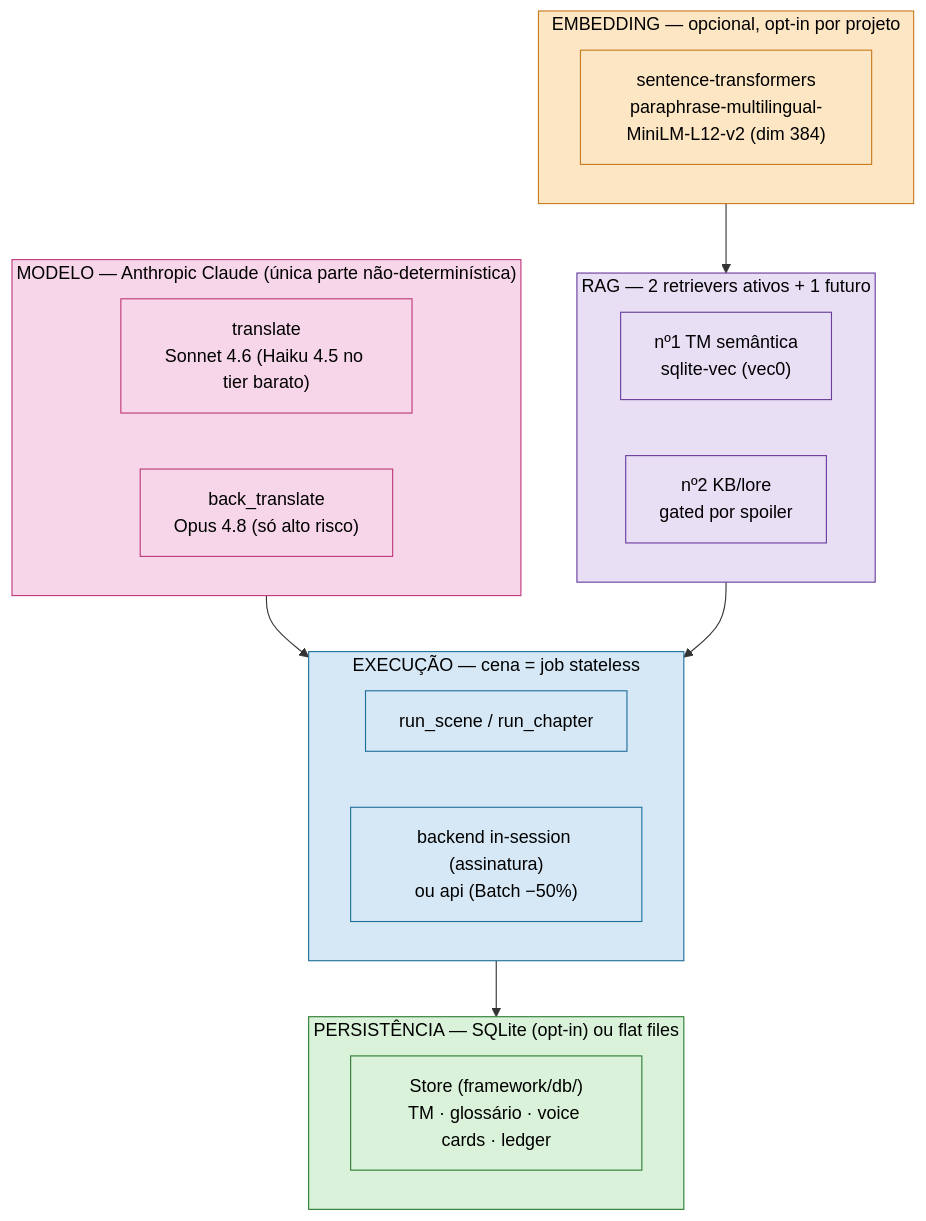
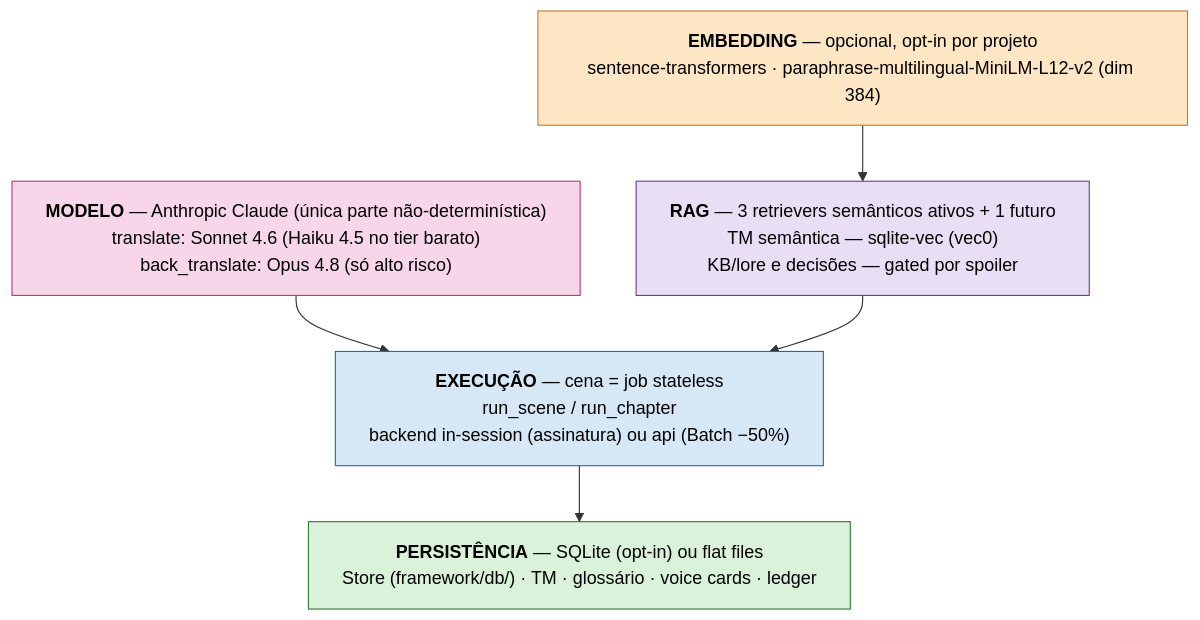
The first of 2 diagrams in docs/STACK.md (scudellerlemos/translation-cognition-framework), drawn with Mermaid before and after one commit. The commit also changed other lines of this file and 25 other files, not shown here.

````diff
--- a/docs/STACK.md
+++ b/docs/STACK.md
@@ -7,38 +7,18 @@
 ```mermaid
+%%{init: {'flowchart': {'wrappingWidth': 520}}}%%
 flowchart TB
-  subgraph model["MODELO — Anthropic Claude (única parte não-determinística)"]
-    direction LR
-    m1["translate<br/>Sonnet 4.6 (Haiku 4.5 no tier barato)"]
-    m2["back_translate<br/>Opus 4.8 (só alto risco)"]
-  end
-  subgraph embed["EMBEDDING — opcional, opt-in por projeto"]
-    m3["sentence-transformers<br/>paraphrase-multilingual-MiniLM-L12-v2 (dim 384)"]
-  end
-  subgraph rag["RAG — 2 retrievers ativos + 1 futuro"]
-    direction LR
-    r1["nº1 TM semântica<br/>sqlite-vec (vec0)"]
-    r2["nº2 KB/lore<br/>gated por spoiler"]
-  end
-  subgraph exec["EXECUÇÃO — cena = job stateless"]
-    direction LR
-    e1["run_scene / run_chapter"]
-    e2["backend in-session (assinatura)<br/>ou api (Batch −50%)"]
-  end
-  subgraph store["PERSISTÊNCIA — SQLite (opt-in) ou flat files"]
-    s1["Store (framework/db/)<br/>TM · glossário · voice cards · ledger"]
-  end
+  model["<b>MODELO</b> — Anthropic Claude (única parte não-determinística)<br/>translate: Sonnet 4.6 (Haiku 4.5 no tier barato)<br/>back_translate: Opus 4.8 (só alto risco)"]:::mod
+  embed["<b>EMBEDDING</b> — opcional, opt-in por projeto<br/>sentence-transformers · paraphrase-multilingual-MiniLM-L12-v2 (dim 384)"]:::emb
+  rag["<b>RAG</b> — 3 retrievers semânticos ativos + 1 futuro<br/>TM semântica — sqlite-vec (vec0)<br/>KB/lore e decisões — gated por spoiler"]:::rg
+  exec["<b>EXECUÇÃO</b> — cena = job stateless<br/>run_scene / run_chapter<br/>backend in-session (assinatura) ou api (Batch −50%)"]:::ex
+  store["<b>PERSISTÊNCIA</b> — SQLite (opt-in) ou flat files<br/>Store (framework/db/) · TM · glossário · voice cards · ledger"]:::st
   model --> exec
   embed --> rag
   rag --> exec
   exec --> store
   classDef mod fill:#f6d6e8,stroke:#c0397b,color:#000;
   classDef emb fill:#fde6c4,stroke:#c97b1f,color:#000;
   classDef rg fill:#e8dff5,stroke:#6a3d9b,color:#000;
   classDef ex fill:#d6e8f6,stroke:#1f6f9b,color:#000;
   classDef st fill:#d9f2d9,stroke:#2e7d32,color:#000;
-  class model,m1,m2 mod;
-  class embed,m3 emb;
-  class rag,r1,r2 rg;
-  class exec,e1,e2 ex;
-  class store,s1 st;
 ```
````
